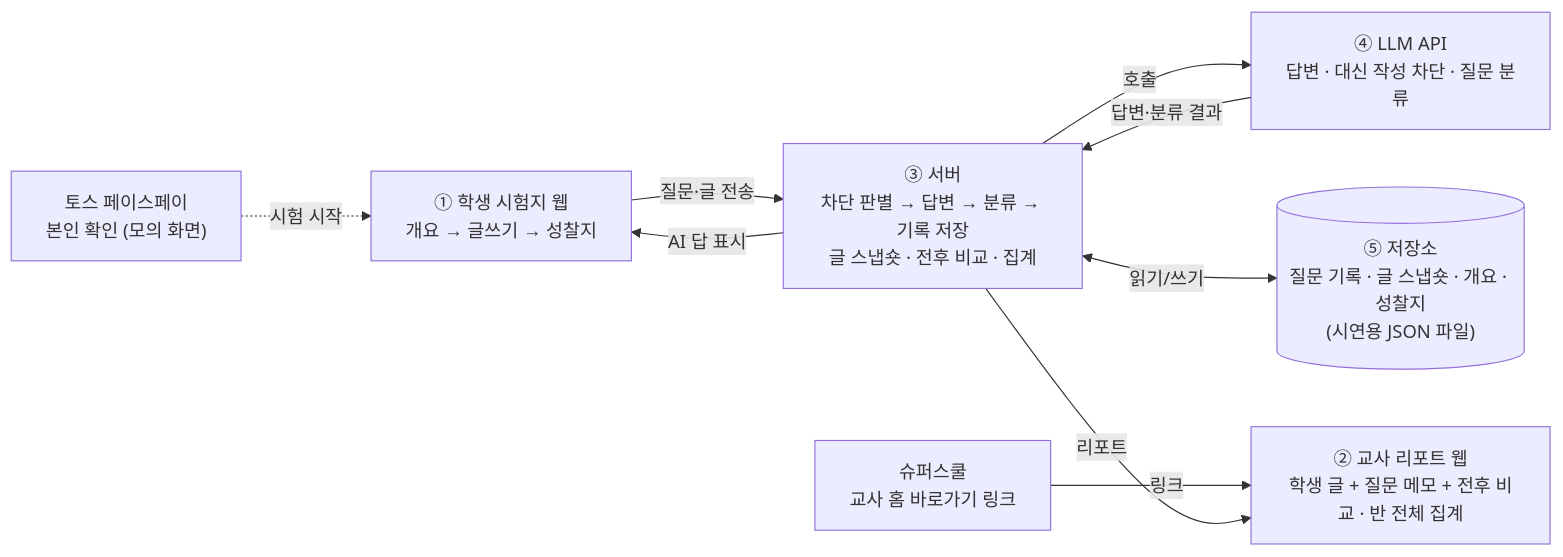
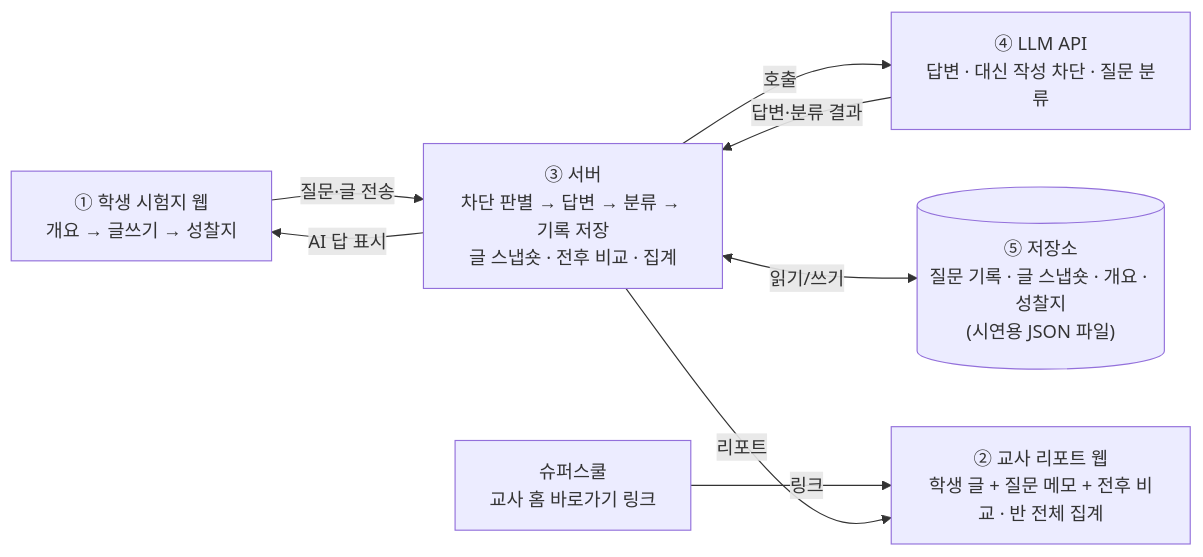
The diagram in docs/01-architecture.md (duswldbs0815/dotori-exam), drawn with Mermaid before and after one commit. The commit also changed other lines of this file and 17 other files, not shown here.

````diff
--- a/docs/01-architecture.md
+++ b/docs/01-architecture.md
@@ -49,12 +49,11 @@
 ```mermaid
 flowchart LR
     SS["슈퍼스쿨<br/>교사 홈 바로가기 링크"] -->|링크| TW
-    FP["토스 페이스페이<br/>본인 확인 (모의 화면)"] -.->|시험 시작| SW
 
     SW["① 학생 시험지 웹<br/>개요 → 글쓰기 → 성찰지"] -->|질문·글 전송| SV
     SV["③ 서버<br/>차단 판별 → 답변 → 분류 → 기록 저장<br/>글 스냅숏 · 전후 비교 · 집계"] -->|호출| LLM
     LLM["④ LLM API<br/>답변 · 대신 작성 차단 · 질문 분류"] -->|답변·분류 결과| SV
     SV -->|AI 답 표시| SW
     SV <-->|읽기/쓰기| DB[("⑤ 저장소<br/>질문 기록 · 글 스냅숏 · 개요 · 성찰지<br/>(시연용 JSON 파일)")]
     SV -->|리포트| TW["② 교사 리포트 웹<br/>학생 글 + 질문 메모 + 전후 비교 · 반 전체 집계"]
 ```
````
